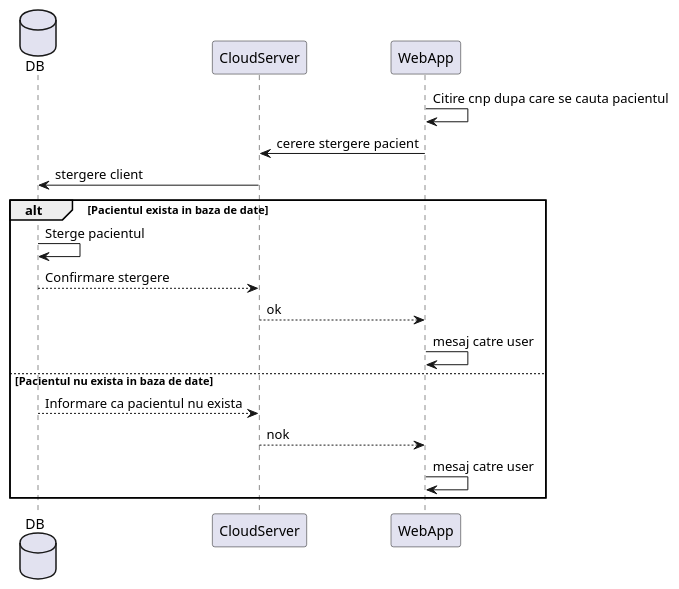
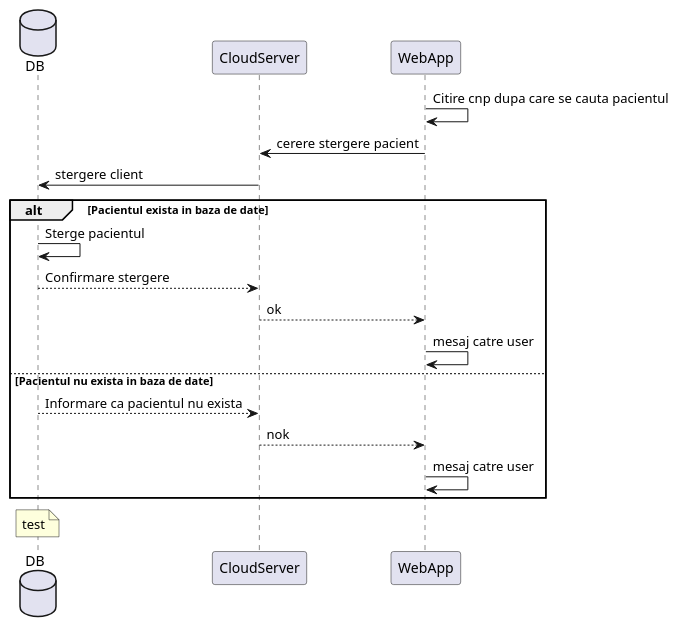
One commit to BVasi/ProiectIP changed the diagram in Sequence_DG/WebApp/stergere.plantuml. Above: the diagram before and after it, drawn with PlantUML.

```diff
--- a/Sequence_DG/WebApp/stergere.plantuml
+++ b/Sequence_DG/WebApp/stergere.plantuml
@@ -1,22 +1,24 @@
 @startuml Stergere_Pacient
 
 database DB
 participant CloudServer
 participant WebApp
 
 WebApp -> WebApp: Citire cnp dupa care se cauta pacientul
 WebApp -> CloudServer: cerere stergere pacient
 CloudServer -> DB: stergere client
 
 alt Pacientul exista in baza de date
     DB -> DB: Sterge pacientul
     DB --> CloudServer: Confirmare stergere
     CloudServer --> WebApp: ok
     WebApp -> WebApp: mesaj catre user
 else Pacientul nu exista in baza de date
     DB --> CloudServer: Informare ca pacientul nu exista
     CloudServer --> WebApp: nok
     WebApp -> WebApp: mesaj catre user
 end
-
+note over DB
+    test
+end note
 @enduml
```
